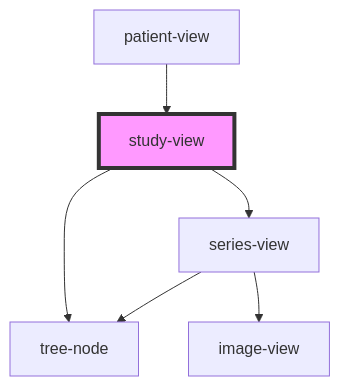
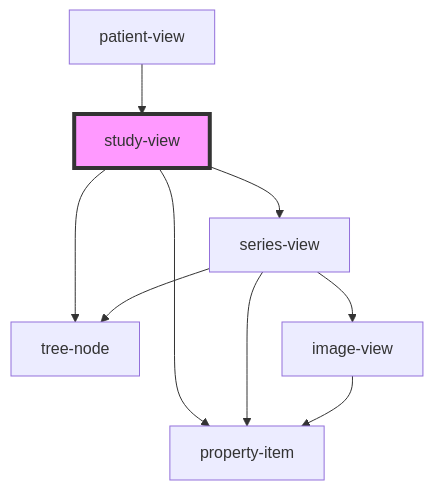
Before and after one commit to R4C4/dicom-tree: the diagram in src/components/views/study-view/readme.md, drawn with Mermaid. The commit also changed other lines of this file and 10 other files, not shown here.

````diff
--- a/src/components/views/study-view/readme.md
+++ b/src/components/views/study-view/readme.md
@@ -34,9 +36,12 @@
 ```mermaid
 graph TD;
+  study-view --> property-item
   study-view --> tree-node
   study-view --> series-view
+  series-view --> property-item
   series-view --> tree-node
   series-view --> image-view
+  image-view --> property-item
   patient-view --> study-view
   style study-view fill:#f9f,stroke:#333,stroke-width:4px
 ```
````
